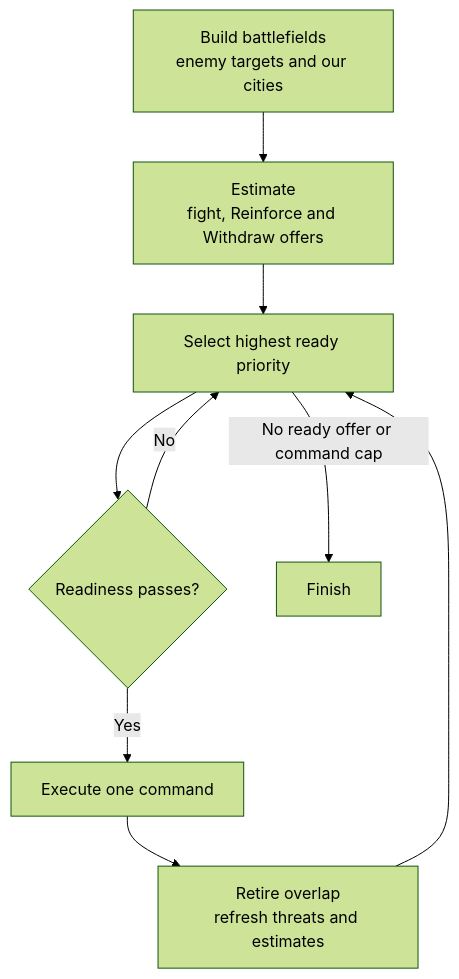
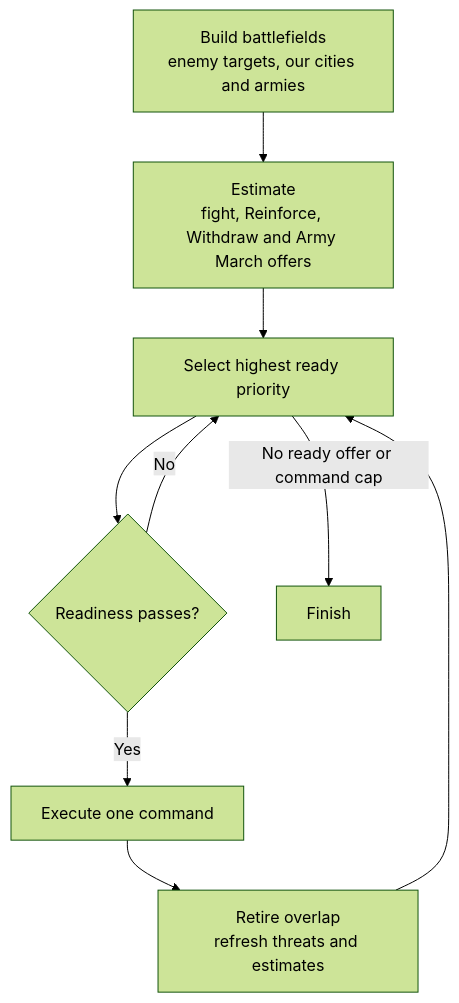
The diagram in docs/developers/civ5-dll/unit-ai/commands/overview.md (vox-deorum/vox-deorum), drawn with Mermaid (forest theme) before and after one commit. The commit also changed other lines of this file and 12 other files, not shown here.

````diff
--- a/docs/developers/civ5-dll/unit-ai/commands/overview.md
+++ b/docs/developers/civ5-dll/unit-ai/commands/overview.md
@@ -5,11 +5,11 @@
 ```mermaid
 flowchart TD
-    B["Build battlefields<br/>enemy targets and our cities"] --> E["Estimate<br/>fight, Reinforce and Withdraw offers"]
+    B["Build battlefields<br/>enemy targets, our cities and armies"] --> E["Estimate<br/>fight, Reinforce, Withdraw and Army March offers"]
     E --> S["Select highest ready priority"]
     S --> C{"Readiness passes?"}
     C -->|No| S
     C -->|Yes| X["Execute one command"]
     X --> R["Retire overlap<br/>refresh threats and estimates"]
     R --> S
     S -->|No ready offer or command cap| F["Finish"]
 ```
````
